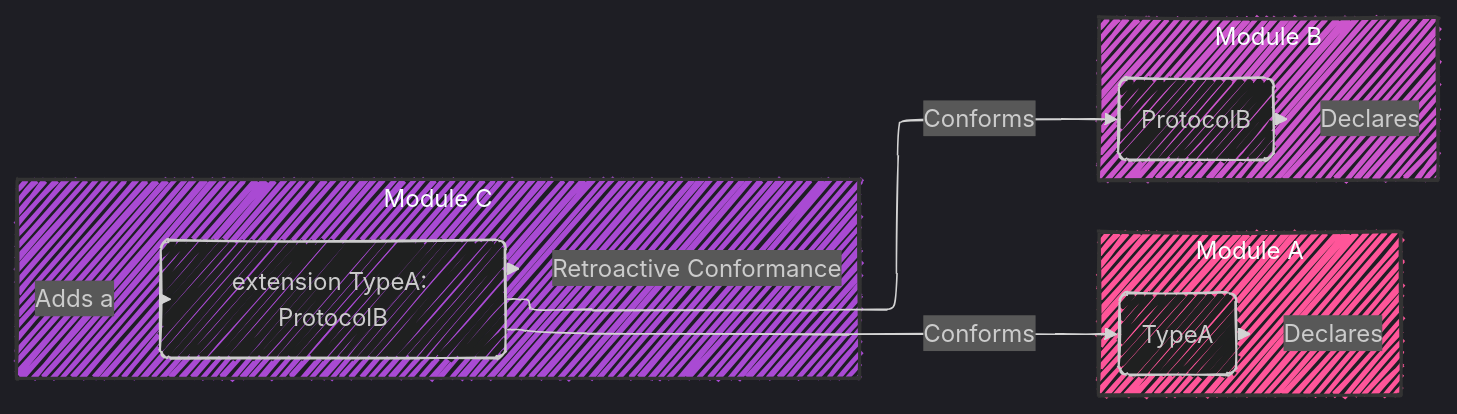
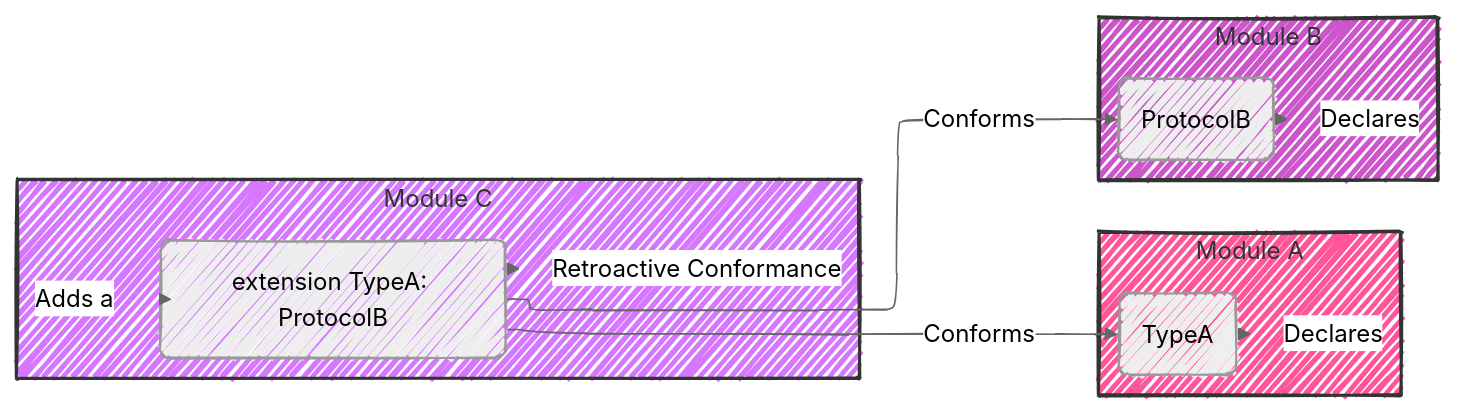
The first of 9 diagrams in Swift_Language/Warning_for_Retroactive_Conformances_of_External_Types.md (CongLeSolutionX/iOS-development-vault), drawn with Mermaid before and after one commit. The commit also changed other lines of this file and 16 other files, not shown here.

````diff
--- a/Swift_Language/Warning_for_Retroactive_Conformances_of_External_Types.md
+++ b/Swift_Language/Warning_for_Retroactive_Conformances_of_External_Types.md
@@ -29,36 +35,36 @@
 ```mermaid
 ---
 config:
   layout: elk
   look: handDrawn
-  theme: dark
+  theme: neutral
 ---
 graph LR
     subgraph ModuleA["Module A"]
         A(TypeA)
     end
     
     subgraph ModuleB["Module B"]
         B(ProtocolB)
     end
     
     subgraph ModuleC["Module C"]
          C(extension TypeA: ProtocolB)
     end
 
     A -- "Declares" --> ModuleA
     B -- "Declares" --> ModuleB
     C -- "Retroactive Conformance" --> ModuleC
     
     ModuleC -- "Adds a" --> C
     C -- "Conforms" --> A
     C -- "Conforms" --> B
 
 style ModuleA fill:#f59f,stroke:#333,stroke-width:2px
 style ModuleB fill:#c5cf,stroke:#333,stroke-width:2px
 style ModuleC fill:#c5fc,stroke:#333,stroke-width:2px
 
 classDef detail fill:#f59f,stroke:#333,stroke-width:1px
 class ModuleA,ModuleB,ModuleC detail;
 
 ```
````
